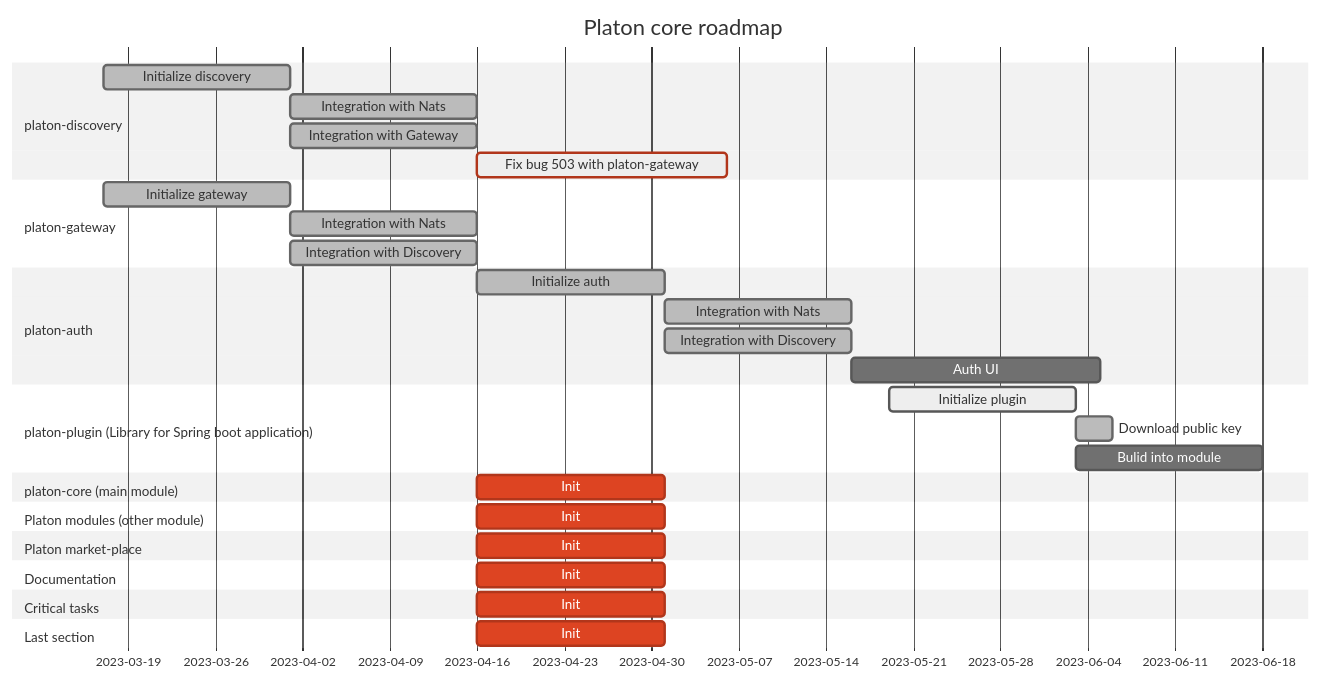
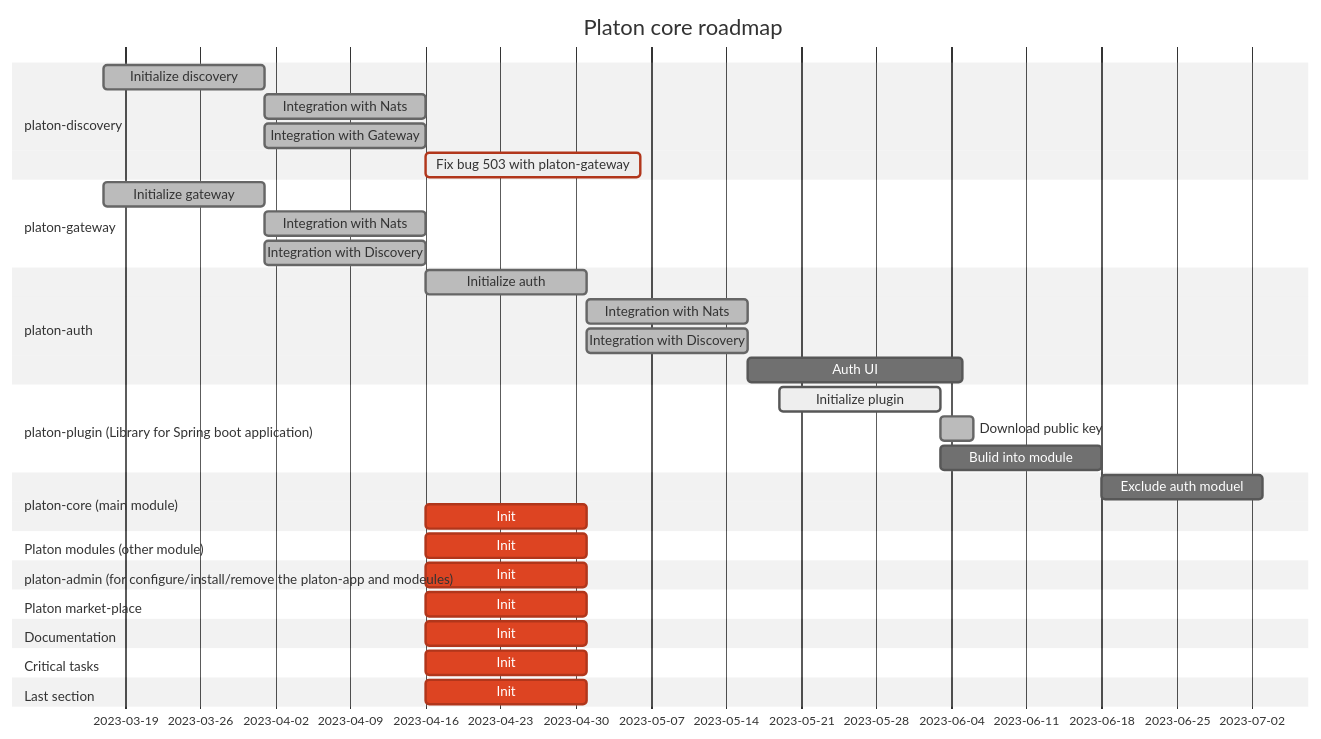
Before and after one commit to Kamoliddin9798/platon-gantt: the diagram in README.md, drawn with Mermaid (neutral theme).

Commit message:
Update README.md
Added sub task and New task

````diff
--- a/README.md
+++ b/README.md
@@ -5,47 +5,51 @@
 ```mermaid
 gantt
        dateFormat  YYYY-MM-DD
        title Platon core roadmap
 
        section platon-discovery
        Initialize discovery                :done,    pd1, 2023-03-17, 15d
        Integration with Nats               :done,    pd2, after pd1, 15d
        Integration with Gateway            :done,    pd3, after pg1, 15d
        Fix bug 503 with platon-gateway     :active,  crit, after pd3, 20d
        
        section platon-gateway
        Initialize gateway                 :done,    pg1, 2023-03-17, 15d
        Integration with Nats              :done,    pg2, after pg1, 15d
        Integration with Discovery         :done,    pg3, after pd1, 15d
        
        section platon-auth
        Initialize auth                    :done,    pa1, after pg3, 15d
        Integration with Nats              :done,    pa2, after pa1, 15d
        Integration with Discovery         :done,    pa3, after pa1, 15d
        Auth UI                            :         after pa3, 20d
        
        section platon-plugin (Library for Spring boot application)
        Initialize plugin         :active,   pp1, 2023-05-19, 15d
        Download public key       :done,     pp2, after pp1, 3d
-       Bulid into module         :          after pp1, 15d
+       Bulid into module         :          pp3, after pp1, 15d
        
        section platon-core (main module)
-       Init                      :crit,    pa1, after pg3, 15d
+       Exclude auth moduel       :           pc1, after pp3, 15d
+       Init                      :crit,      pa1, after pg3, 15d
 
        section Platon modules (other module)
+       Init                      :crit,    pa1, after pg3, 15d 
+       
+       section platon-admin (for configure/install/remove the platon-app and modeules)
        Init                      :crit,    pa1, after pg3, 15d 
        
        section Platon market-place
        Init                      :crit,    pa1, after pg3, 15d 
        
        section Documentation
        Init                      :crit,    pa1, after pg3, 15d 
 
        section Critical tasks
        Init                      :crit,    pa1, after pg3, 15d 
 
        section Last section
        Init                      :crit,    pa1, after pg3, 15d 
 
       
    ```
````
